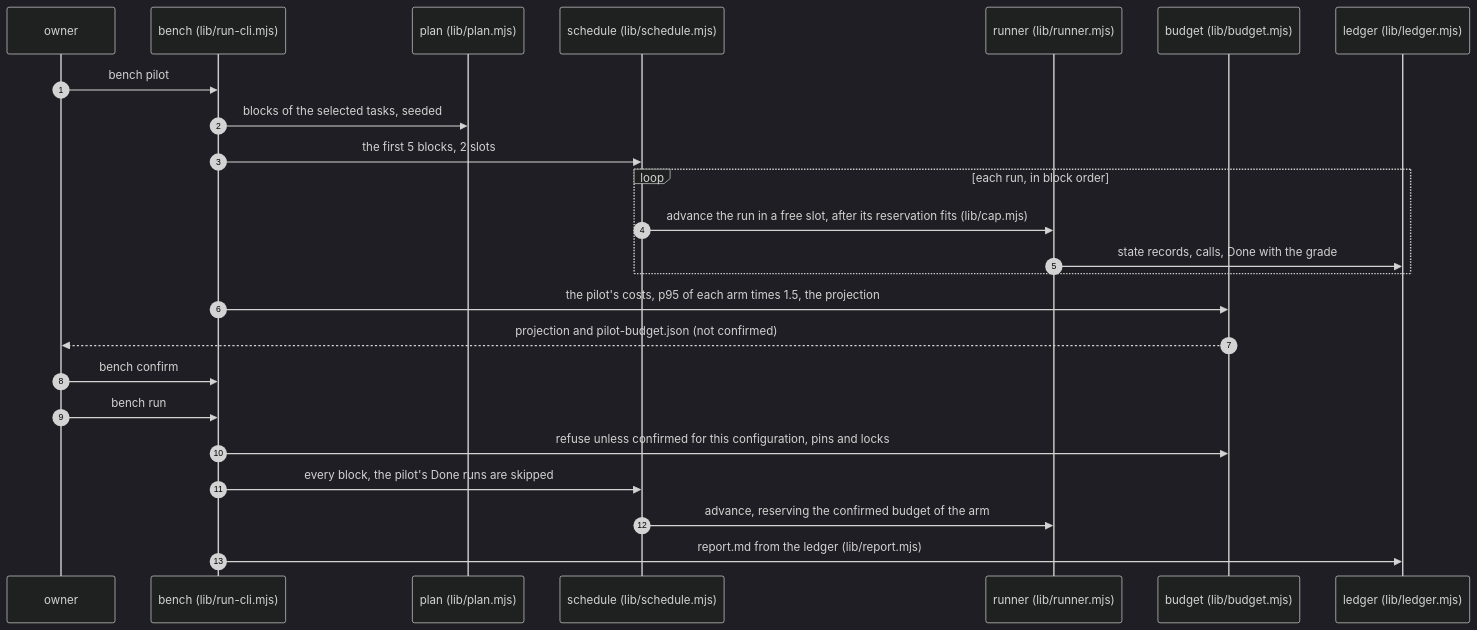
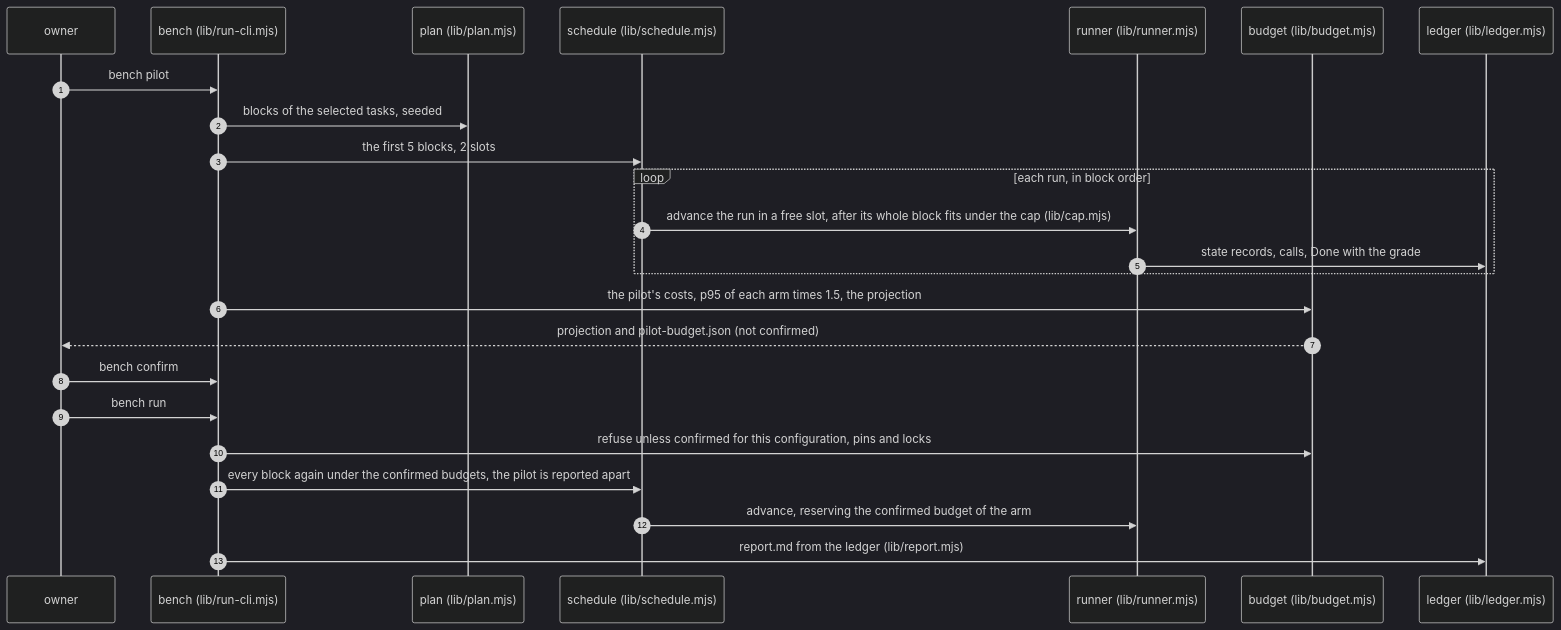
Before and after one commit to vymalo/another-adam-rs: the fourth of 5 diagrams in bench/README.md, drawn with Mermaid (dark theme). The commit also changed other lines of this file and 1 other file, not shown here.

````diff
--- a/bench/README.md
+++ b/bench/README.md
@@ -577,26 +579,26 @@
 ```mermaid
 sequenceDiagram
     autonumber
     participant O as owner
     participant C as bench (lib/run-cli.mjs)
     participant P as plan (lib/plan.mjs)
     participant S as schedule (lib/schedule.mjs)
     participant R as runner (lib/runner.mjs)
     participant B as budget (lib/budget.mjs)
     participant L as ledger (lib/ledger.mjs)
     O->>C: bench pilot
     C->>P: blocks of the selected tasks, seeded
     C->>S: the first 5 blocks, 2 slots
     loop each run, in block order
-        S->>R: advance the run in a free slot, after its reservation fits (lib/cap.mjs)
+        S->>R: advance the run in a free slot, after its whole block fits under the cap (lib/cap.mjs)
         R->>L: state records, calls, Done with the grade
     end
     C->>B: the pilot's costs, p95 of each arm times 1.5, the projection
     B-->>O: projection and pilot-budget.json (not confirmed)
     O->>C: bench confirm
     O->>C: bench run
     C->>B: refuse unless confirmed for this configuration, pins and locks
-    C->>S: every block, the pilot's Done runs are skipped
+    C->>S: every block again under the confirmed budgets, the pilot is reported apart
     S->>R: advance, reserving the confirmed budget of the arm
     C->>L: report.md from the ledger (lib/report.mjs)
 ```
````
